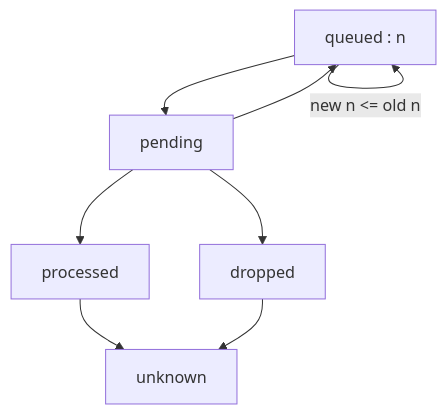
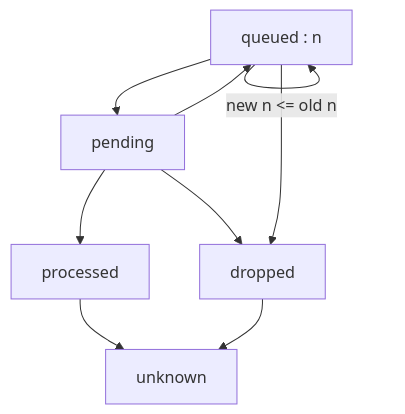
The first of 6 diagrams in README.md (research-ag/hpl-io), drawn with Mermaid before and after one commit. The commit also changed other lines of this file and 1 other file, not shown here.

````diff
--- a/README.md
+++ b/README.md
@@ -122,10 +159,11 @@
 ```mermaid
 flowchart TD
 Q[queued : n] -->|"new n <= old n"| Q
 Q --> P[pending]
+P --> D[dropped]
 P --> L[processed]
 P --> Q
-P --> D[dropped]
 L --> U[unknown]
 D --> U
+Q --> D
 ``` 
````
